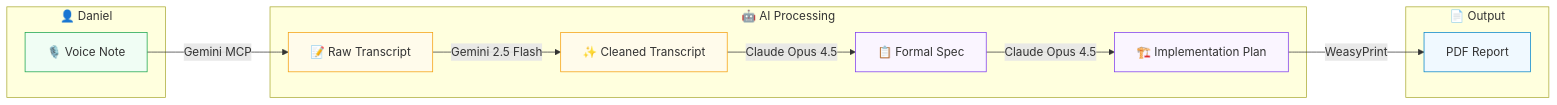
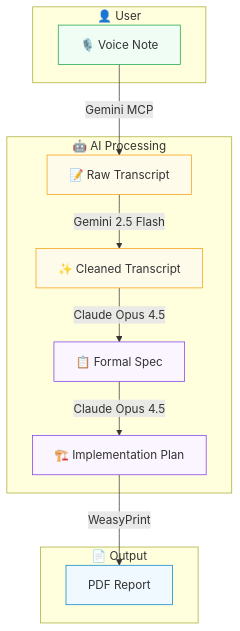
One commit to danielrosehill/Internal-Apps-Ideation changed the diagram in README.md. Above: the diagram before and after it, drawn with Mermaid. The commit also changed other lines of this file, not shown here.

````diff
--- a/README.md
+++ b/README.md
@@ -7,30 +7,30 @@
 ```mermaid
-flowchart LR
-    subgraph Input["👤 Daniel"]
+flowchart TD
+    subgraph Input["👤 User"]
         A[🎙️ Voice Note]
     end
 
     subgraph Processing["🤖 AI Processing"]
         B[📝 Raw Transcript]
         C[✨ Cleaned Transcript]
         D[📋 Formal Spec]
         E[🏗️ Implementation Plan]
     end
 
     subgraph Output["📄 Output"]
         F[PDF Report]
     end
 
     A -->|"Gemini MCP"| B
     B -->|"Gemini 2.5 Flash"| C
     C -->|"Claude Opus 4.5"| D
     D -->|"Claude Opus 4.5"| E
     E -->|"WeasyPrint"| F
 
     style A fill:#f0fdf4,stroke:#16a34a
     style B fill:#fffbeb,stroke:#f59e0b
     style C fill:#fffbeb,stroke:#f59e0b
     style D fill:#faf5ff,stroke:#7c3aed
     style E fill:#faf5ff,stroke:#7c3aed
     style F fill:#f0f9ff,stroke:#0284c7
 ```
````
